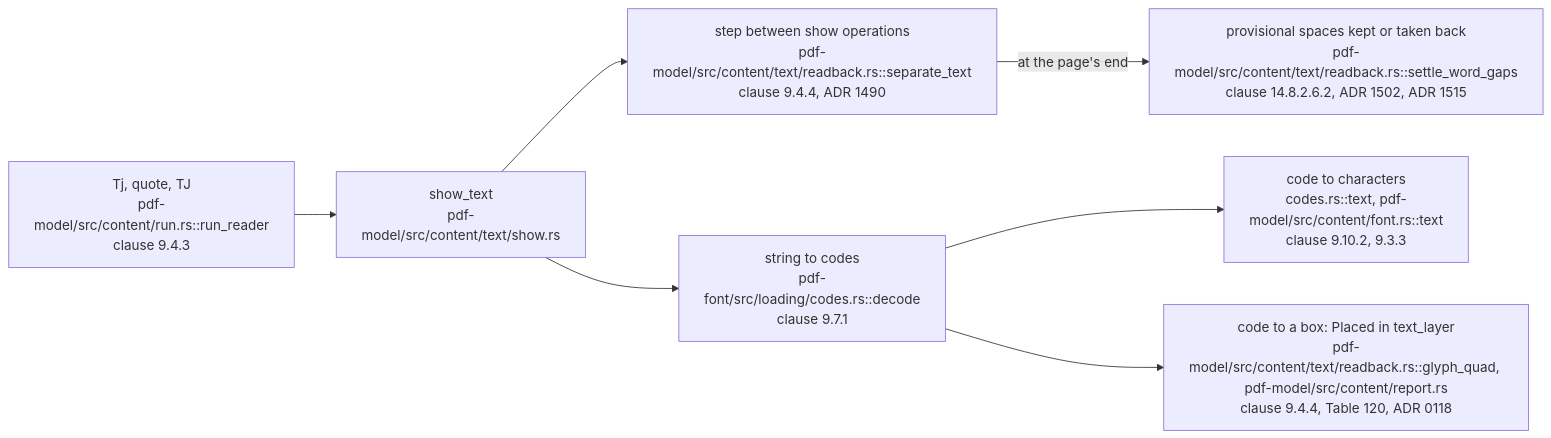
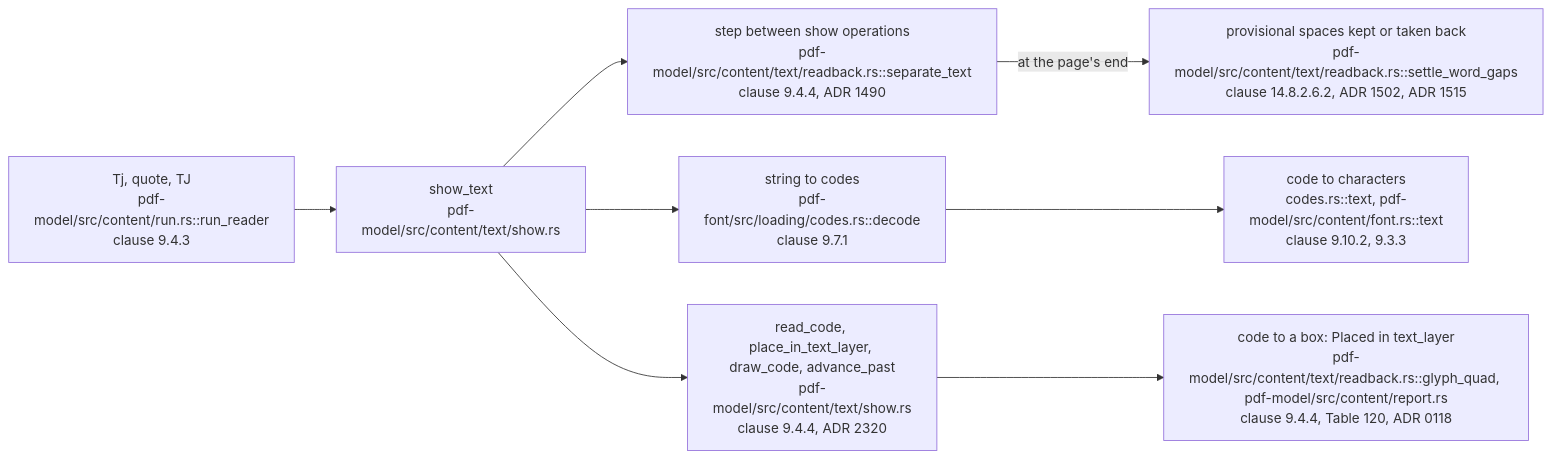
Before and after one commit to close2/pdf-viewer: the second of 6 diagrams in doc/teaching/how-text-is-selected-and-copied.md, drawn with Mermaid. The commit also changed other lines of this file and 141 other files, not shown here.

````diff
--- a/doc/teaching/how-text-is-selected-and-copied.md
+++ b/doc/teaching/how-text-is-selected-and-copied.md
@@ -177,17 +183,19 @@
 ```mermaid
 flowchart LR
     OP["Tj, quote, TJ<br/>pdf-model/src/content/run.rs::run_reader<br/>clause 9.4.3"]
     SHOW["show_text<br/>pdf-model/src/content/text/show.rs"]
+    STEPS["read_code, place_in_text_layer, draw_code, advance_past<br/>pdf-model/src/content/text/show.rs<br/>clause 9.4.4, ADR 2320"]
     CODES["string to codes<br/>pdf-font/src/loading/codes.rs::decode<br/>clause 9.7.1"]
     CHARS["code to characters<br/>codes.rs::text, pdf-model/src/content/font.rs::text<br/>clause 9.10.2, 9.3.3"]
     QUAD["code to a box: Placed in text_layer<br/>pdf-model/src/content/text/readback.rs::glyph_quad, pdf-model/src/content/report.rs<br/>clause 9.4.4, Table 120, ADR 0118"]
     GAP["step between show operations<br/>pdf-model/src/content/text/readback.rs::separate_text<br/>clause 9.4.4, ADR 1490"]
     SETTLE["provisional spaces kept or taken back<br/>pdf-model/src/content/text/readback.rs::settle_word_gaps<br/>clause 14.8.2.6.2, ADR 1502, ADR 1515"]
 
     OP --> SHOW
     SHOW --> GAP
     SHOW --> CODES
+    SHOW --> STEPS
     CODES --> CHARS
-    CODES --> QUAD
+    STEPS --> QUAD
     GAP -->|"at the page's end"| SETTLE
 ```
````
